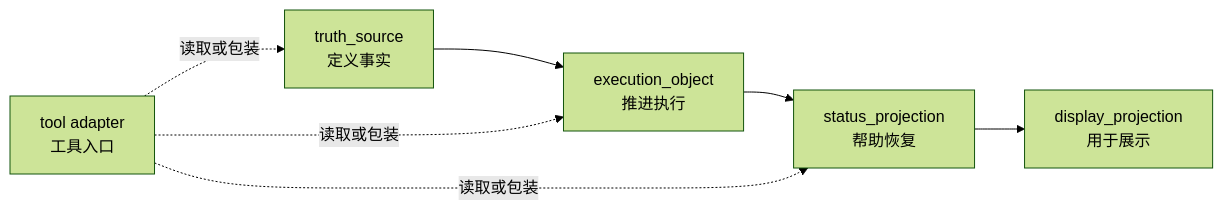
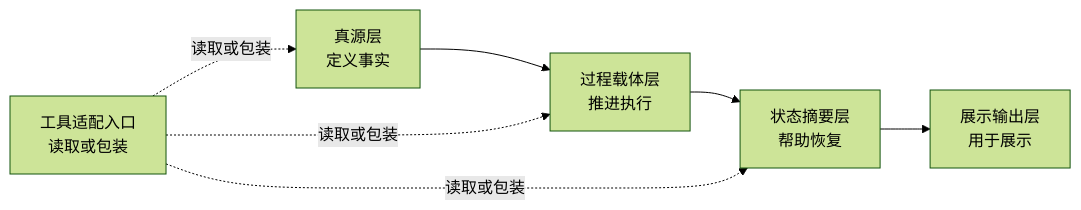
Before and after one commit to TeamZaobi/files-driven-governance: the diagram in README.md, drawn with Mermaid (forest theme). The commit also changed other lines of this file and 20 other files, not shown here.

````diff
--- a/README.md
+++ b/README.md
@@ -168,10 +170,10 @@
 ```mermaid
 flowchart LR
-    truth["truth_source<br/>定义事实"] --> exec["execution_object<br/>推进执行"]
-    exec --> status["status_projection<br/>帮助恢复"]
-    status --> display["display_projection<br/>用于展示"]
+    truth["真源层<br/>定义事实"] --> exec["过程载体层<br/>推进执行"]
+    exec --> status["状态摘要层<br/>帮助恢复"]
+    status --> display["展示输出层<br/>用于展示"]
 
-    tool["tool adapter<br/>工具入口"] -.读取或包装.-> truth
+    tool["工具适配入口<br/>读取或包装"] -.读取或包装.-> truth
     tool -.读取或包装.-> exec
     tool -.读取或包装.-> status
 ```
````
